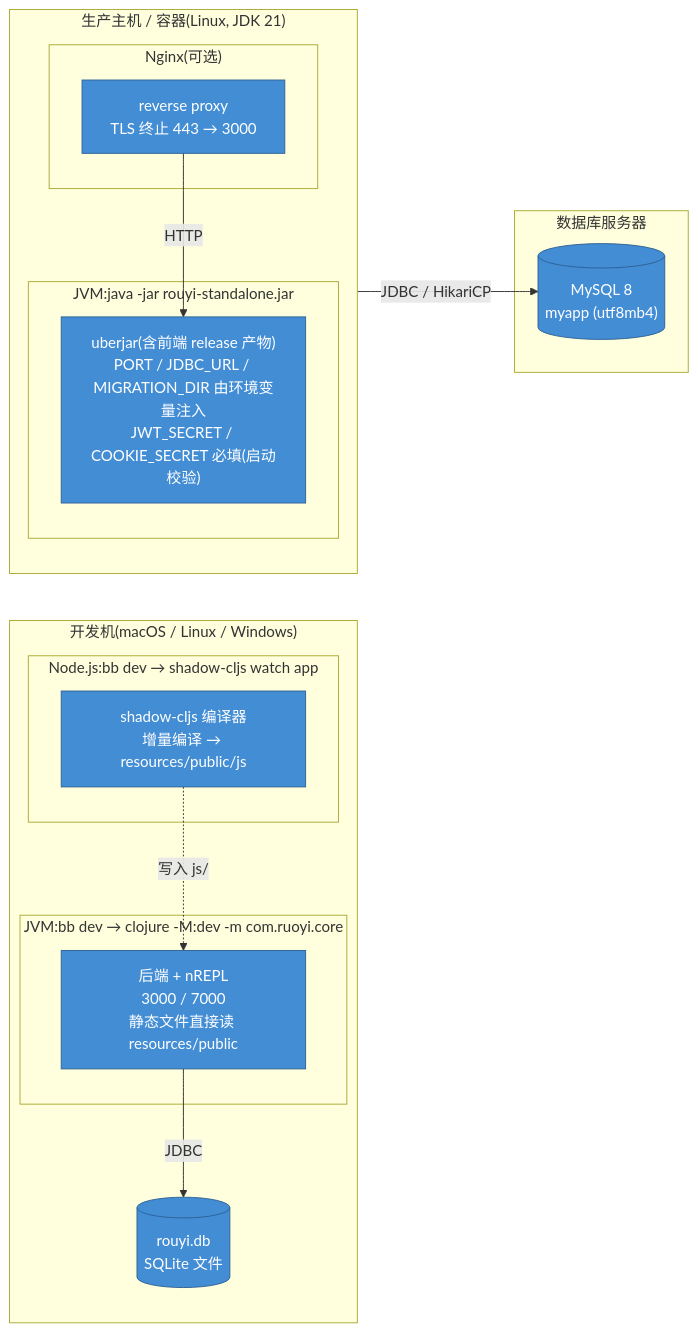
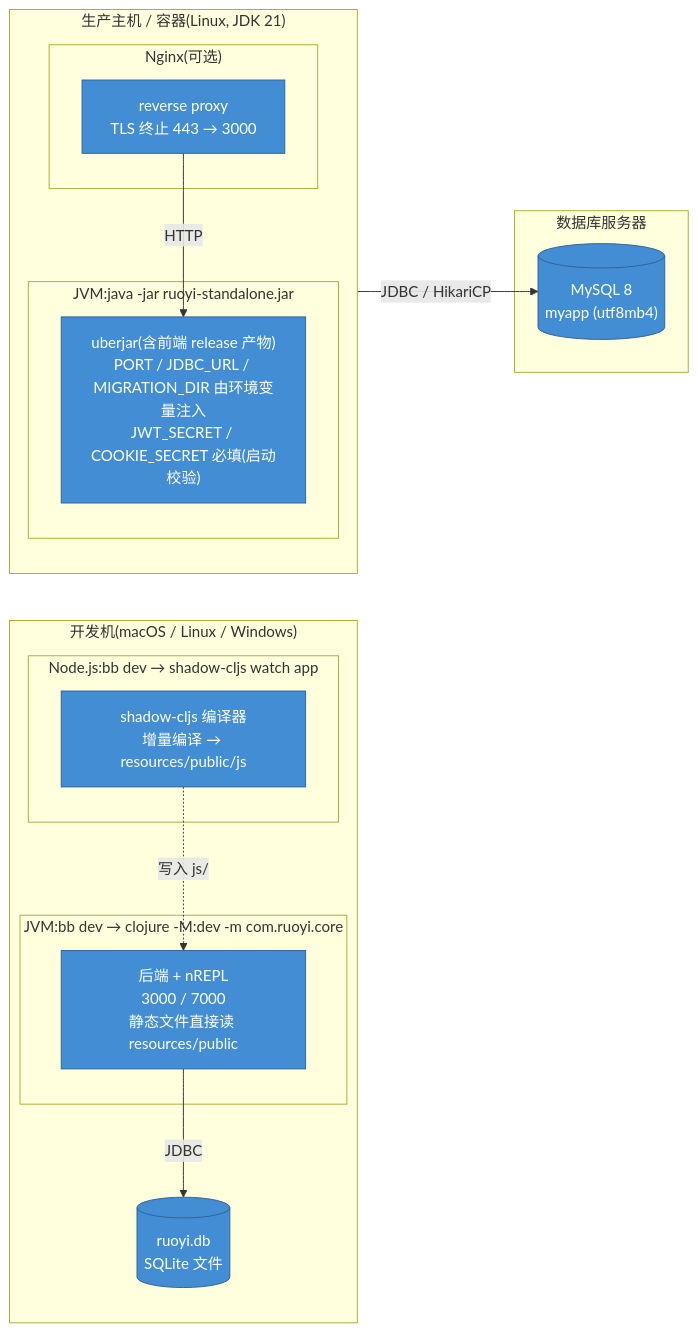
Diagram 13 of 14 in docs/architecture/c4-model.org (RedCreationTech/clj-cljs-template), drawn with Mermaid before and after one commit. The commit also changed other lines of this file and 257 other files, not shown here.

```diff
--- a/docs/architecture/c4-model.org
+++ b/docs/architecture/c4-model.org
@@ -612,30 +630,30 @@
 #+begin_src mermaid :file img/c4-deployment.svg :exports results
 flowchart LR
   subgraph DEV["开发机(macOS / Linux / Windows)"]
     direction TB
     subgraph JVM1["JVM:bb dev → clojure -M:dev -m com.ruoyi.core"]
       be1["后端 + nREPL<br/>3000 / 7000<br/>静态文件直接读 resources/public"]:::container
     end
     subgraph NODE["Node.js:bb dev → shadow-cljs watch app"]
       fe1["shadow-cljs 编译器<br/>增量编译 → resources/public/js"]:::container
     end
-    sqlite[("rouyi.db<br/>SQLite 文件")]:::container
+    sqlite[("ruoyi.db<br/>SQLite 文件")]:::container
     be1 -- JDBC --> sqlite
     fe1 -. 写入 js/ .-> be1
   end
   subgraph PROD["生产主机 / 容器(Linux, JDK 21)"]
     direction TB
     subgraph NGINX["Nginx(可选)"]
       rp["reverse proxy<br/>TLS 终止 443 → 3000"]:::container
     end
-    subgraph JVM2["JVM:java -jar rouyi-standalone.jar"]
+    subgraph JVM2["JVM:java -jar ruoyi-standalone.jar"]
       be2["uberjar(含前端 release 产物)<br/>PORT / JDBC_URL / MIGRATION_DIR 由环境变量注入<br/>JWT_SECRET / COOKIE_SECRET 必填(启动校验)"]:::container
     end
     rp -- HTTP --> be2
   end
   subgraph DBHOST["数据库服务器"]
     mysql[("MySQL 8<br/>myapp (utf8mb4)")]:::container
   end
   be2 -- "JDBC / HikariCP" --> mysql
   classDef container fill:#438dd5,stroke:#2e6295,color:#fff
 #+end_src
```
